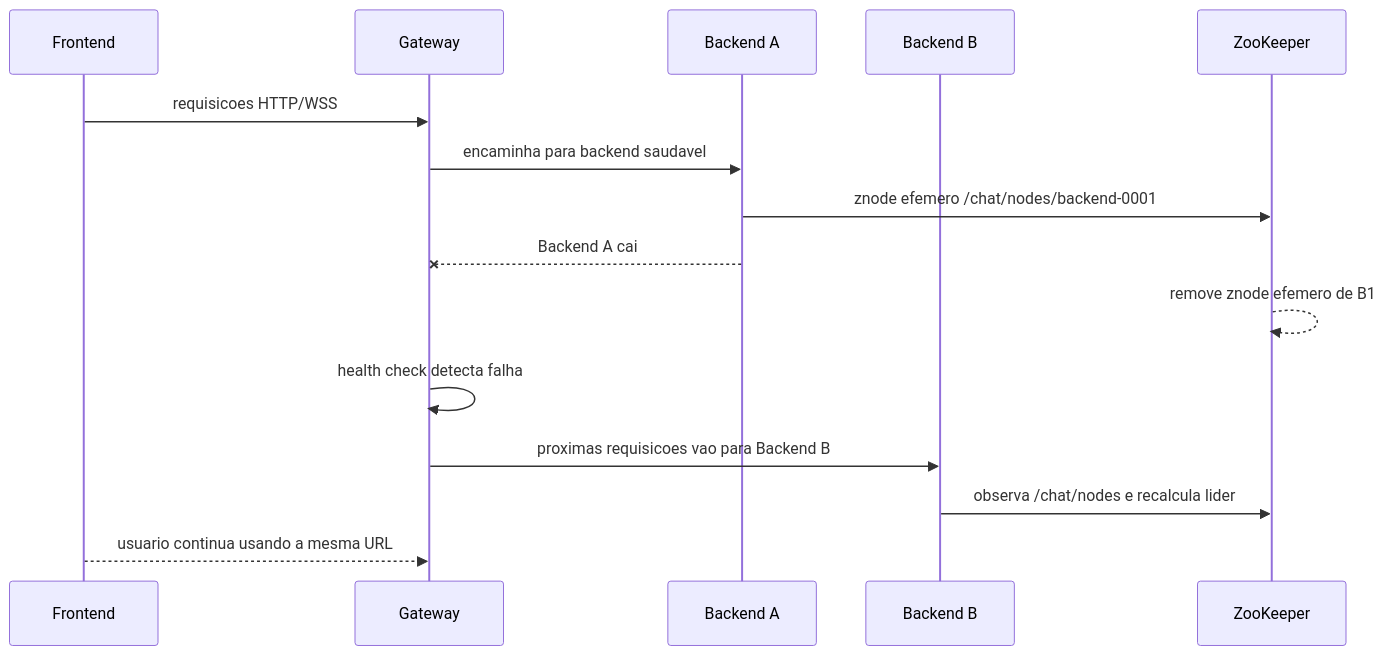
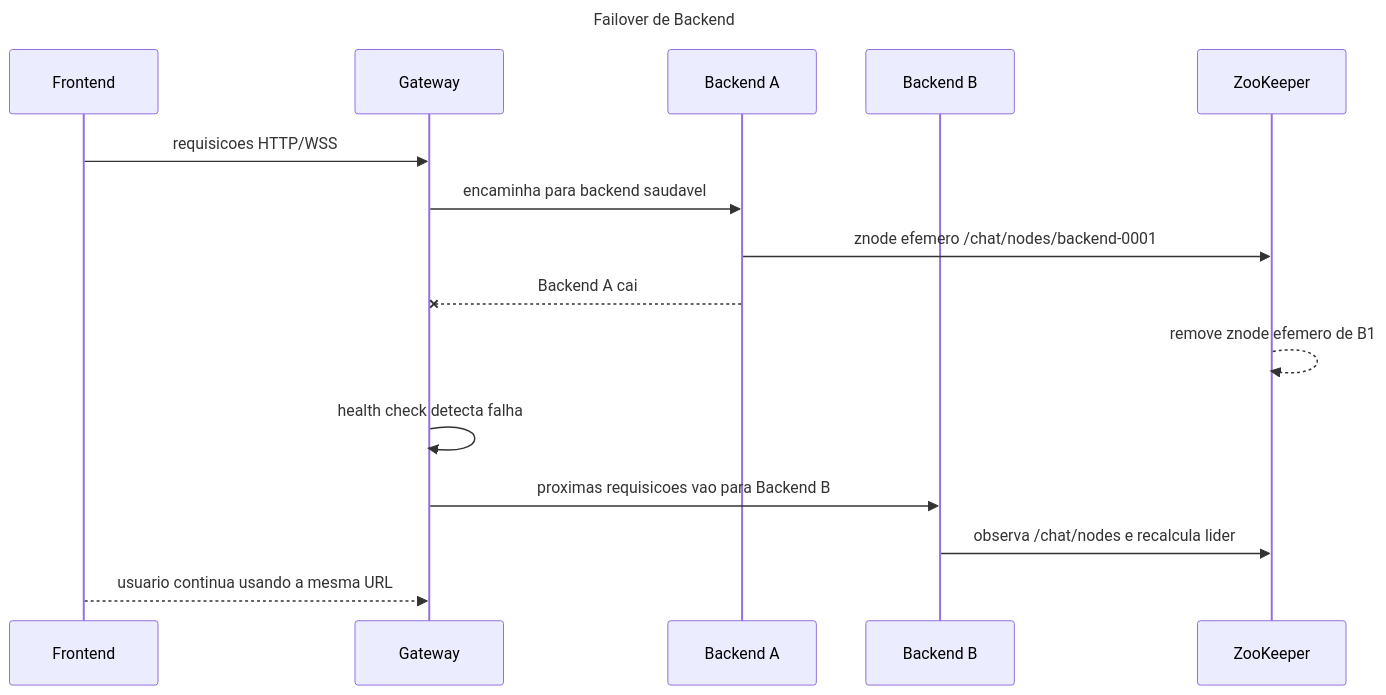
Before and after one commit to jvmr1/chat-distribuido: the eighth of 10 diagrams in docs/diagrams.md, drawn with Mermaid. The commit also changed other lines of this file and 13 other files, not shown here.

Commit message:
diagramas

````diff
--- a/docs/diagrams.md
+++ b/docs/diagrams.md
@@ -181,19 +211,22 @@
 ```mermaid
+---
+title: Failover de Backend
+---
 sequenceDiagram
   participant FE as Frontend
   participant GW as Gateway
   participant B1 as Backend A
   participant B2 as Backend B
   participant ZK as ZooKeeper
 
   FE->>GW: requisicoes HTTP/WSS
   GW->>B1: encaminha para backend saudavel
   B1->>ZK: znode efemero /chat/nodes/backend-0001
 
   B1--xGW: Backend A cai
   ZK-->>ZK: remove znode efemero de B1
   GW->>GW: health check detecta falha
   GW->>B2: proximas requisicoes vao para Backend B
   B2->>ZK: observa /chat/nodes e recalcula lider
   FE-->>GW: usuario continua usando a mesma URL
 ```
````
